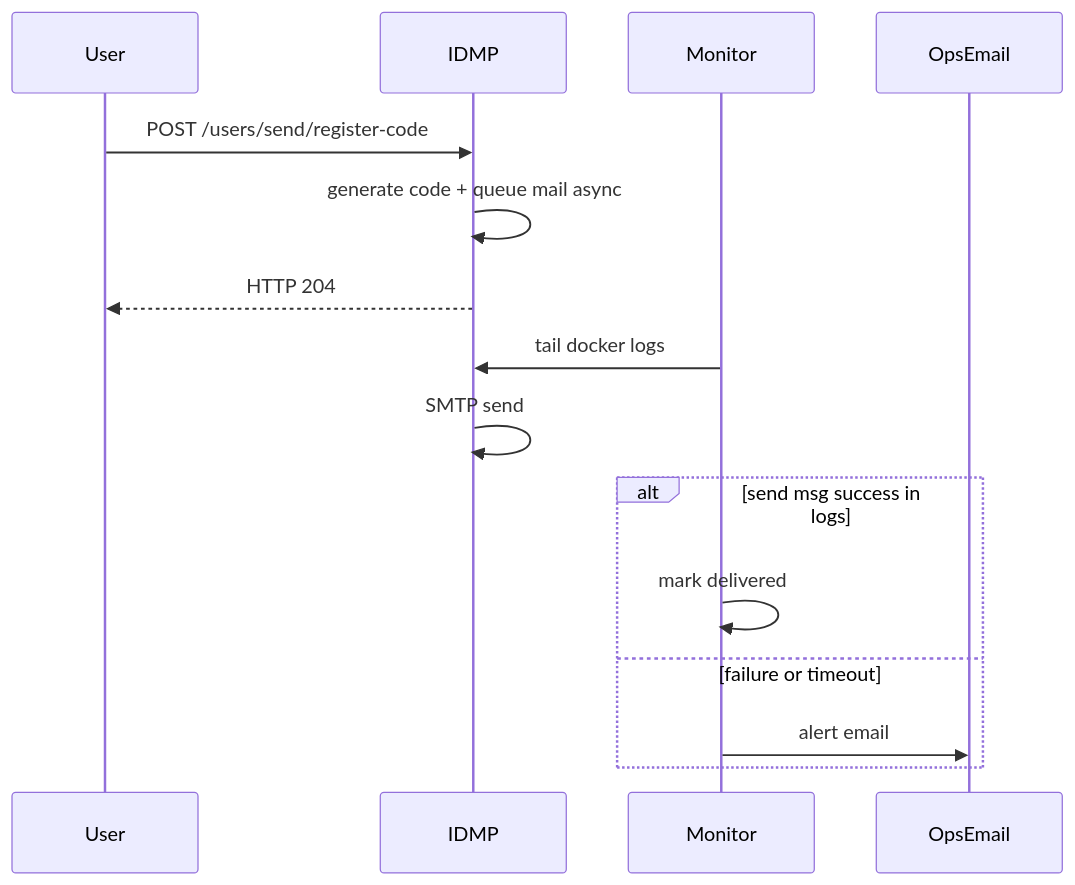
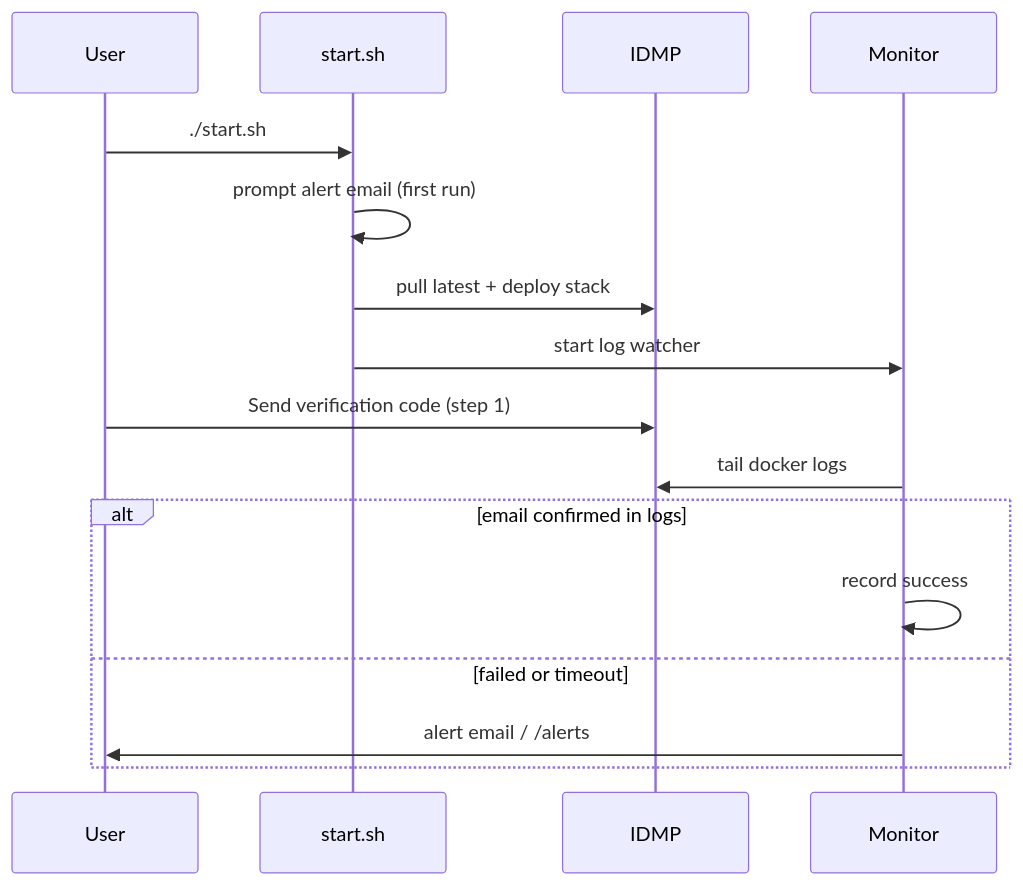
One commit to arunTDengine/idmp-verification-email-monitor changed the diagram in README.md. Above: the diagram before and after it, drawn with Mermaid. The commit also changed other lines of this file and 9 other files, not shown here.

First line of the commit message:
Deploy fresh IDMP stack with zero-config monitoring.

````diff
--- a/README.md
+++ b/README.md
@@ -176,18 +85,19 @@
 ```mermaid
 sequenceDiagram
     participant User
+    participant start.sh
     participant IDMP
     participant Monitor
-    participant OpsEmail
 
-    User->>IDMP: POST /users/send/register-code
-    IDMP->>IDMP: generate code + queue mail async
-    IDMP-->>User: HTTP 204
+    User->>start.sh: ./start.sh
+    start.sh->>start.sh: prompt alert email (first run)
+    start.sh->>IDMP: pull latest + deploy stack
+    start.sh->>Monitor: start log watcher
+    User->>IDMP: Send verification code (step 1)
     Monitor->>IDMP: tail docker logs
-    IDMP->>IDMP: SMTP send
-    alt send msg success in logs
-        Monitor->>Monitor: mark delivered
-    else failure or timeout
-        Monitor->>OpsEmail: alert email
+    alt email confirmed in logs
+        Monitor->>Monitor: record success
+    else failed or timeout
+        Monitor->>User: alert email / /alerts
     end
 ```
````
